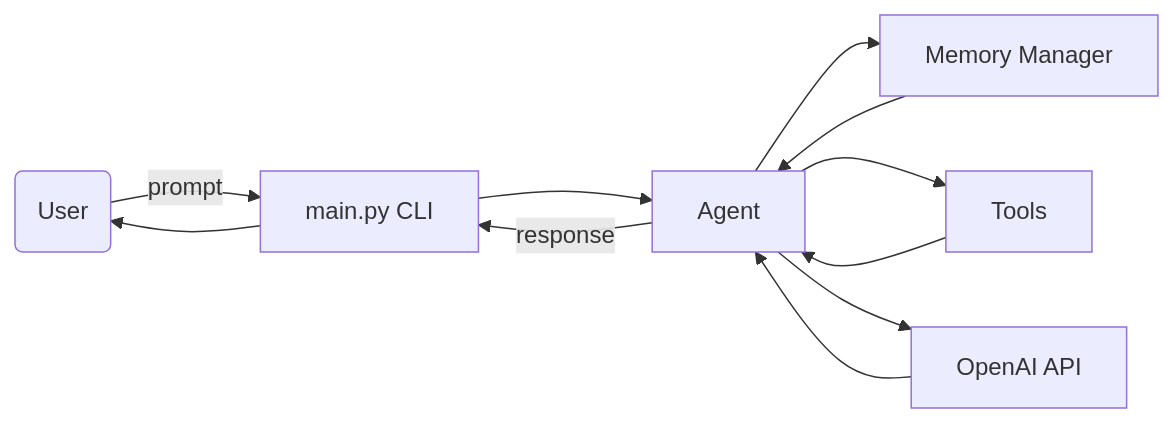
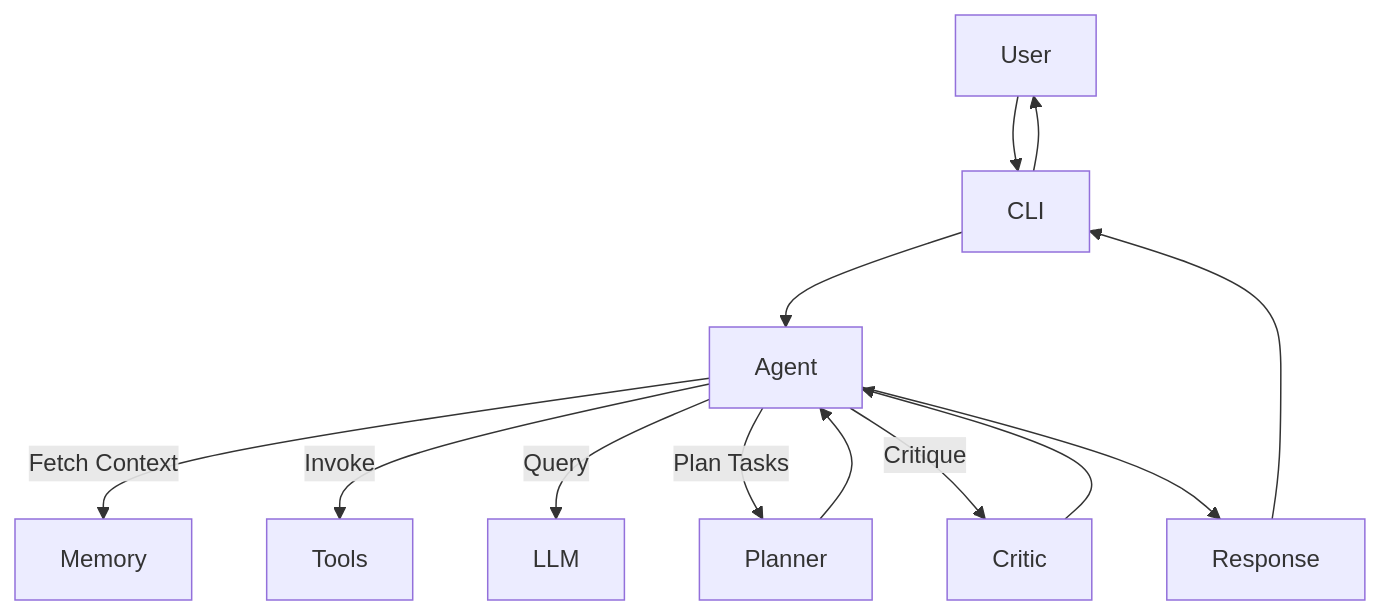
One commit to karthikmiriyala/agent_sandbox changed the diagram in README.md. Above: the diagram before and after it, drawn with Mermaid. The commit also changed other lines of this file, not shown here.

````diff
--- a/README.md
+++ b/README.md
@@ -71,13 +57,15 @@
 ```mermaid
-graph LR
-    U(User) -->|"prompt"| CLI["main.py CLI"]
-    CLI --> A["Agent"]
-    A --> MEM["Memory Manager"]
-    A --> T["Tools"]
-    A --> LLM["OpenAI API"]
-    MEM --> A
-    T --> A
-    LLM --> A
-    A -->|"response"| CLI
-    CLI --> U
+graph TD
+User --> CLI
+CLI --> Agent
+Agent -->|Fetch Context| Memory
+Agent -->|Invoke| Tools
+Agent -->|Query| LLM
+Agent -->|Plan Tasks| Planner
+Planner --> Agent
+Agent -->|Critique| Critic
+Critic --> Agent
+Agent --> Response
+Response --> CLI
+CLI --> User
 ```
````
